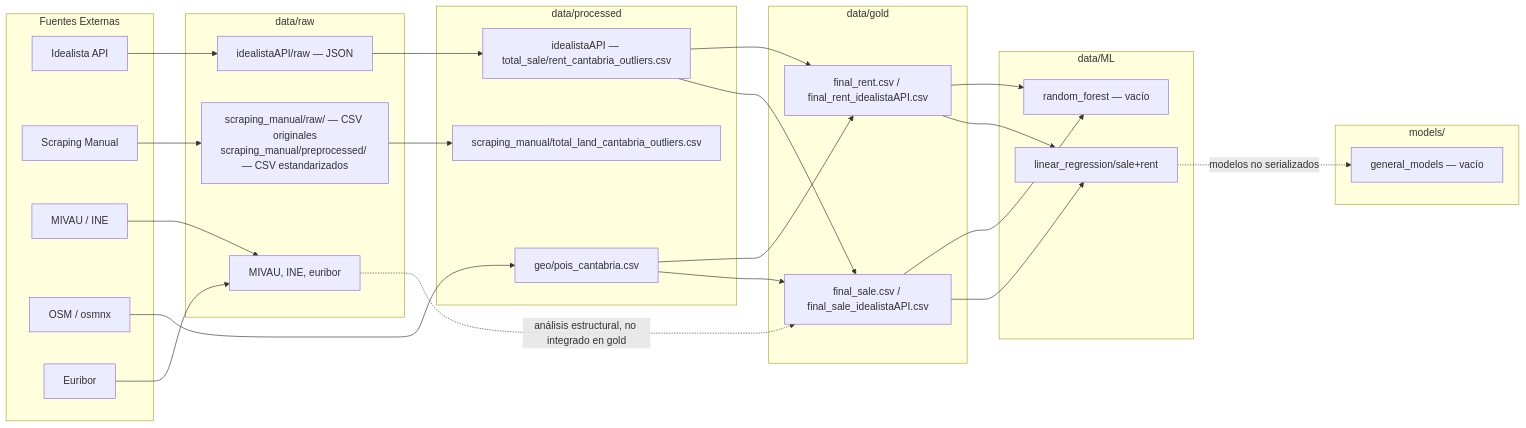
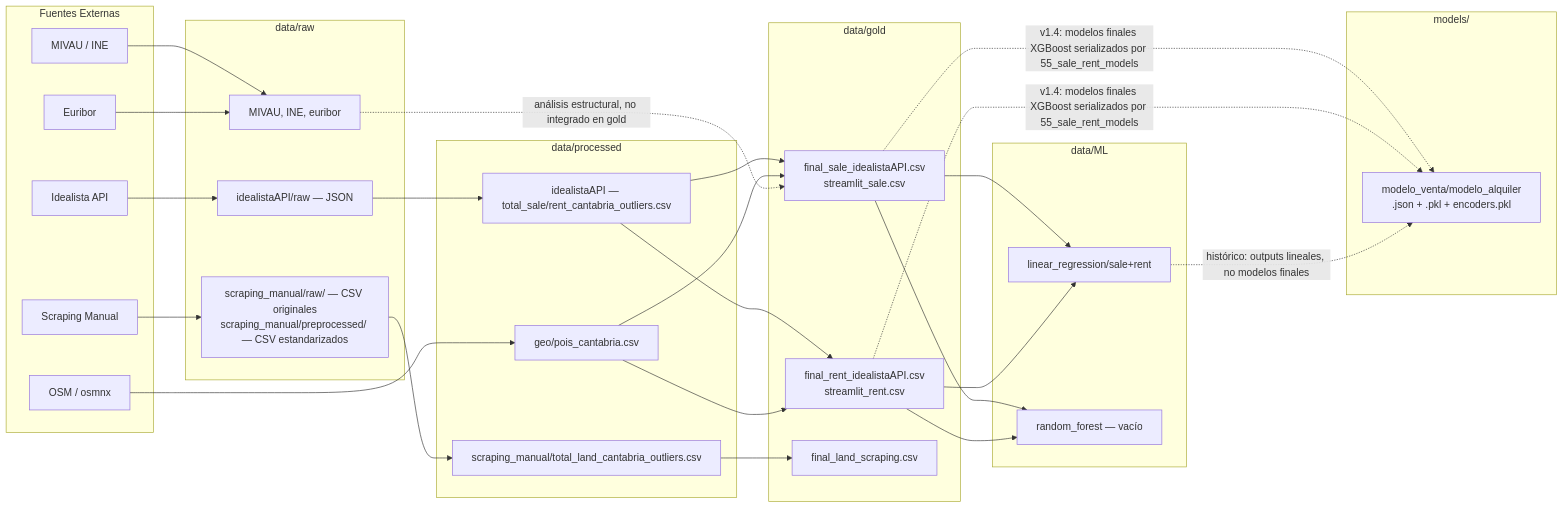
The first of 4 diagrams in docs/estructura_completa_repositorio.md (sitomachu/bezanillasl), drawn with Mermaid before and after one commit. The commit also changed other lines of this file and 10 other files, not shown here.

````diff
--- a/docs/estructura_completa_repositorio.md
+++ b/docs/estructura_completa_repositorio.md
@@ -184,56 +200,59 @@
 ```mermaid
 graph LR
     subgraph Fuentes Externas
         A[Idealista API]
         B[Scraping Manual]
         C[MIVAU / INE]
         D[OSM / osmnx]
         E[Euribor]
     end
 
     subgraph data/raw
         F[idealistaAPI/raw — JSON]
         G["scraping_manual/raw/ — CSV originales\nscraping_manual/preprocessed/ — CSV estandarizados"]
         H[MIVAU, INE, euribor]
     end
 
     subgraph data/processed
         I[idealistaAPI — total_sale/rent_cantabria_outliers.csv]
         J["scraping_manual/total_land_cantabria_outliers.csv"]
         K[geo/pois_cantabria.csv]
     end
 
     subgraph data/gold
-        L[final_sale.csv / final_sale_idealistaAPI.csv]
-        M[final_rent.csv / final_rent_idealistaAPI.csv]
+        L["final_sale_idealistaAPI.csv\nstreamlit_sale.csv"]
+        M["final_rent_idealistaAPI.csv\nstreamlit_rent.csv"]
+        Q["final_land_scraping.csv"]
     end
 
     subgraph data/ML
         N[linear_regression/sale+rent]
         O[random_forest — vacío]
     end
 
     subgraph models/
-        P[general_models — vacío]
+        P["modelo_venta/modelo_alquiler\n.json + .pkl + encoders.pkl"]
     end
 
     A --> F
     B --> G
     C --> H
     D --> K
     E --> H
 
     F --> I
     G --> J
+    J --> Q
     I --> L
     I --> M
     K --> L
     K --> M
     H -.->|análisis estructural, no integrado en gold| L
 
     L --> N
     M --> N
     L --> O
     M --> O
-    N -.->|modelos no serializados| P
+    L & M -.->|v1.4: modelos finales XGBoost serializados por 55_sale_rent_models| P
+    N -.->|histórico: outputs lineales, no modelos finales| P
 ```
````
